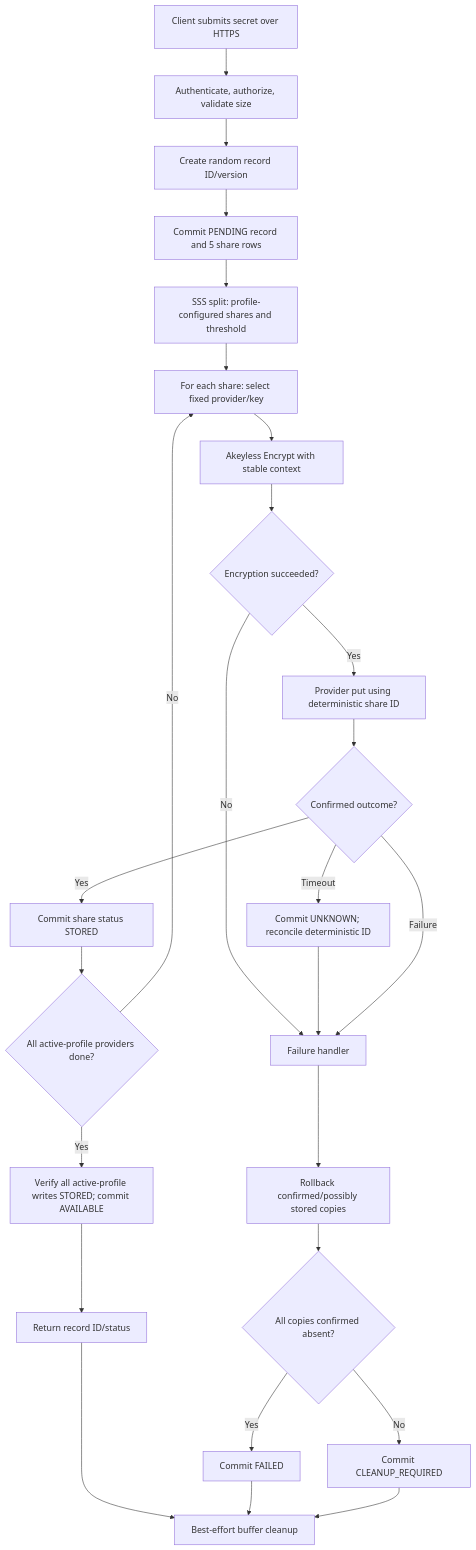
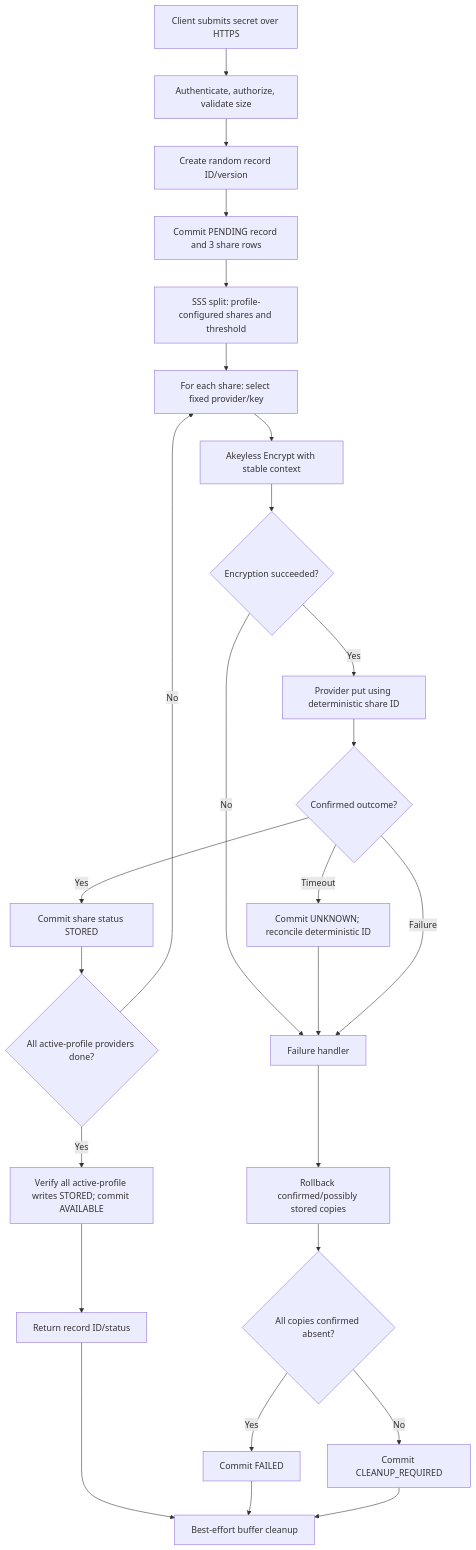
One commit to Raj-pratap07/Compromized changed the second of 4 diagrams in docs/firefly-docs-pack/docs/ARCHITECTURE.md. Above: the diagram before and after it, drawn with Mermaid. The commit also changed other lines of this file and 69 other files, not shown here.

````diff
--- a/docs/firefly-docs-pack/docs/ARCHITECTURE.md
+++ b/docs/firefly-docs-pack/docs/ARCHITECTURE.md
@@ -80,28 +76,28 @@
 ```mermaid
 flowchart TD
     A[Client submits secret over HTTPS] --> B[Authenticate, authorize, validate size]
     B --> C[Create random record ID/version]
-    C --> D[Commit PENDING record and 5 share rows]
+    C --> D[Commit PENDING record and 3 share rows]
     D --> E[SSS split: profile-configured shares and threshold]
     E --> F[For each share: select fixed provider/key]
     F --> G[Akeyless Encrypt with stable context]
     G --> H{Encryption succeeded?}
     H -- No --> X[Failure handler]
     H -- Yes --> I[Provider put using deterministic share ID]
     I --> J{Confirmed outcome?}
     J -- Yes --> K[Commit share status STORED]
     K --> L{All active-profile providers done?}
     L -- No --> F
     L -- Yes --> M[Verify all active-profile writes STORED; commit AVAILABLE]
     M --> N[Return record ID/status]
     J -- Timeout --> U[Commit UNKNOWN; reconcile deterministic ID]
     U --> X
     J -- Failure --> X
     X --> Y[Rollback confirmed/possibly stored copies]
     Y --> Z{All copies confirmed absent?}
     Z -- Yes --> Q[Commit FAILED]
     Z -- No --> R[Commit CLEANUP_REQUIRED]
     N --> C1[Best-effort buffer cleanup]
     Q --> C1
     R --> C1
 ```
````
